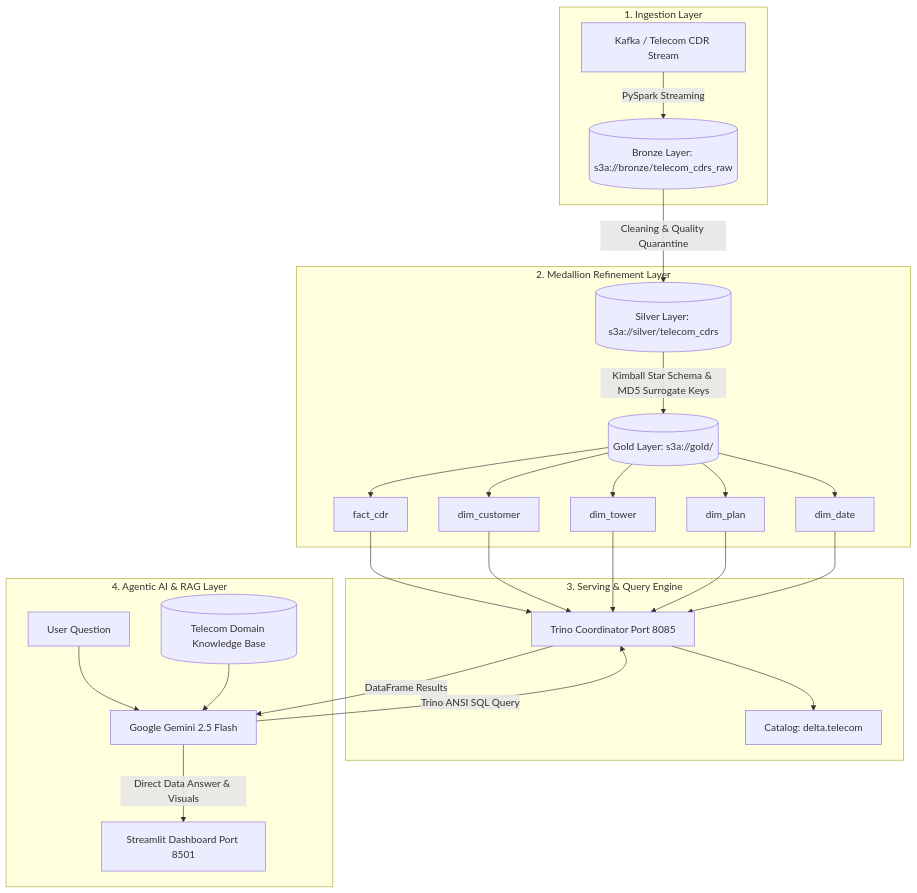
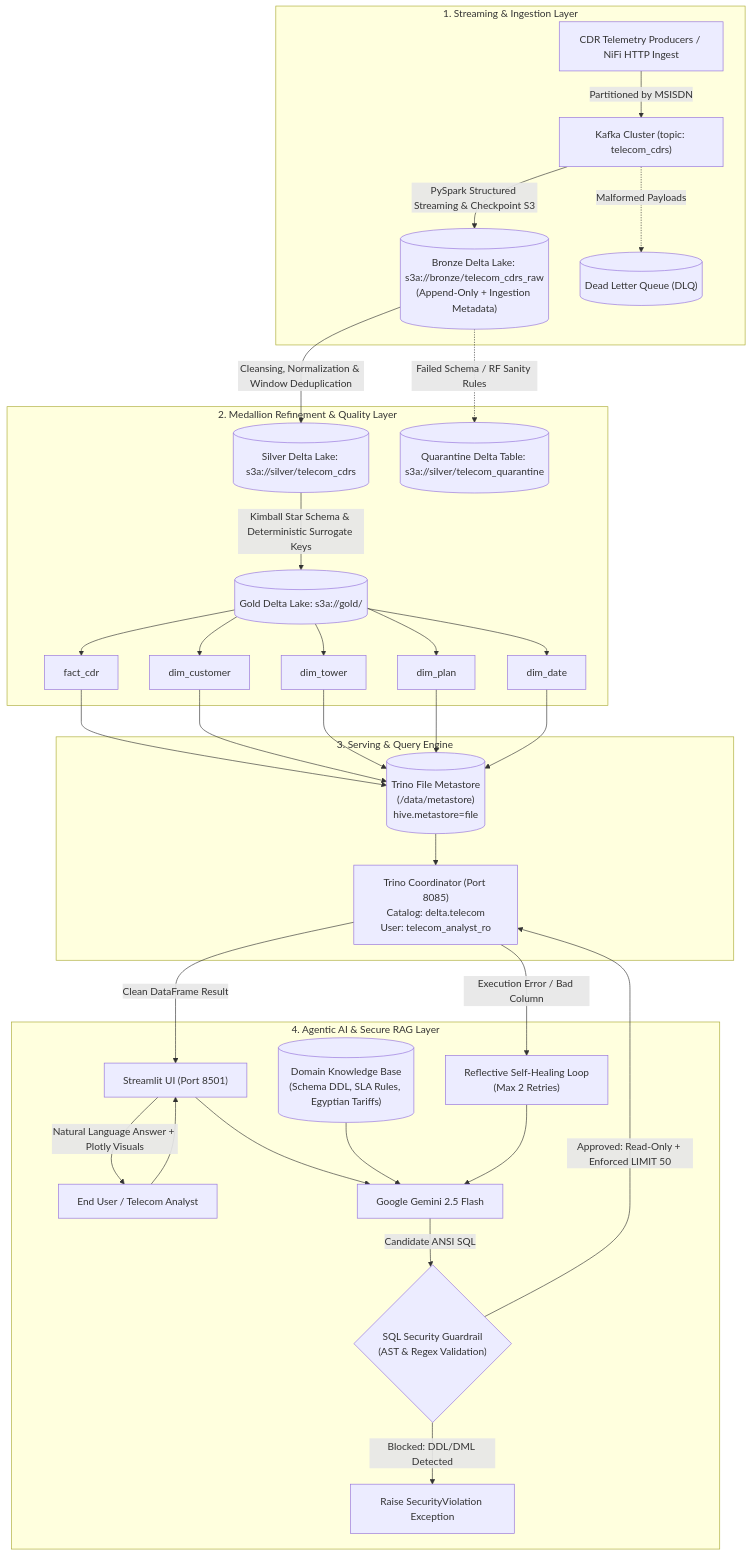
One commit to ahmedelsheikh109/DataMind_Telecom_Lakehouse changed the first of 2 diagrams in README.md. Above: the diagram before and after it, drawn with Mermaid. The commit also changed other lines of this file and 3 other files, not shown here.

Commit message:
feat(security & architecture): implement AST SQL guardrails, Trino file metastore topology, and formal benchmarks

````diff
--- a/README.md
+++ b/README.md
@@ -18,29 +18,37 @@
 ```mermaid
 flowchart TD
-    subgraph Ingestion["1. Ingestion Layer"]
-        K[Kafka / Telecom CDR Stream] -->|PySpark Streaming| B[(Bronze Layer: s3a://bronze/telecom_cdrs_raw)]
+    subgraph Ingestion["1. Streaming & Ingestion Layer"]
+        SRC["CDR Telemetry Producers / NiFi HTTP Ingest"] -->|Partitioned by MSISDN| K["Kafka Cluster (topic: telecom_cdrs)"]
+        K -->|PySpark Structured Streaming & Checkpoint S3| B[("Bronze Delta Lake: s3a://bronze/telecom_cdrs_raw\n(Append-Only + Ingestion Metadata)")]
+        K -.->|Malformed Payloads| DLQ[("Dead Letter Queue (DLQ)")]
     end
 
-    subgraph Processing["2. Medallion Refinement Layer"]
-        B -->|Cleaning & Quality Quarantine| S[(Silver Layer: s3a://silver/telecom_cdrs)]
-        S -->|Kimball Star Schema & MD5 Surrogate Keys| G[(Gold Layer: s3a://gold/)]
+    subgraph Processing["2. Medallion Refinement & Quality Layer"]
+        B -->|Cleansing, Normalization & Window Deduplication| S[("Silver Delta Lake: s3a://silver/telecom_cdrs")]
+        B -.->|Failed Schema / RF Sanity Rules| Q[("Quarantine Delta Table: s3a://silver/telecom_quarantine")]
+        S -->|Kimball Star Schema & Deterministic Surrogate Keys| G[("Gold Delta Lake: s3a://gold/")]
         G --> F[fact_cdr]
         G --> C[dim_customer]
         G --> T[dim_tower]
         G --> P[dim_plan]
         G --> D[dim_date]
     end
 
     subgraph Serving["3. Serving & Query Engine"]
-        F & C & T & P & D --> TR[Trino Coordinator Port 8085]
-        TR --> CAT[Catalog: delta.telecom]
+        F & C & T & P & D --> MS[("Trino File Metastore\n(/data/metastore)\nhive.metastore=file")]
+        MS --> TR["Trino Coordinator (Port 8085)\nCatalog: delta.telecom\nUser: telecom_analyst_ro"]
     end
 
-    subgraph AI["4. Agentic AI & RAG Layer"]
-        U[User Question] --> LLM[Google Gemini 2.5 Flash]
-        KB[(Telecom Domain Knowledge Base)] --> LLM
-        LLM -->|Trino ANSI SQL Query| TR
-        TR -->|DataFrame Results| LLM
-        LLM -->|Direct Data Answer & Visuals| ST[Streamlit Dashboard Port 8501]
+    subgraph AI["4. Agentic AI & Secure RAG Layer"]
+        U["End User / Telecom Analyst"] --> UI["Streamlit UI (Port 8501)"]
+        UI --> LLM["Google Gemini 2.5 Flash"]
+        KB[("Domain Knowledge Base\n(Schema DDL, SLA Rules, Egyptian Tariffs)")] --> LLM
+        LLM -->|Candidate ANSI SQL| SG{"SQL Security Guardrail\n(AST & Regex Validation)"}
+        SG -->|Blocked: DDL/DML Detected| ERR["Raise SecurityViolation Exception"]
+        SG -->|Approved: Read-Only + Enforced LIMIT 50| TR
+        TR -->|Execution Error / Bad Column| SH["Reflective Self-Healing Loop\n(Max 2 Retries)"]
+        SH --> LLM
+        TR -->|Clean DataFrame Result| UI
+        UI -->|Natural Language Answer + Plotly Visuals| U
     end
 ```
````
